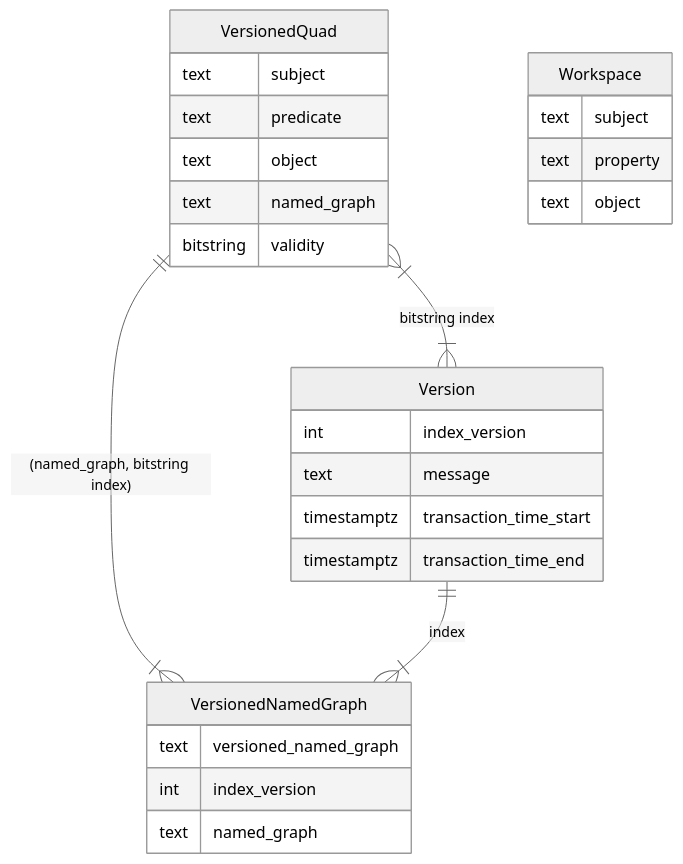
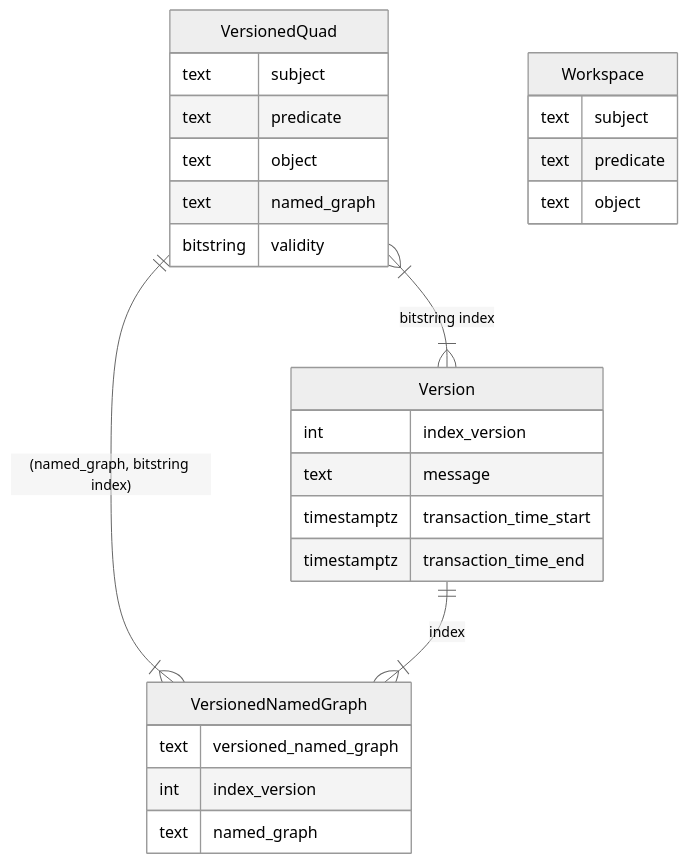
Before and after one commit to VCityTeam/ConVer-G: the first of 5 diagrams in Readme.md, drawn with Mermaid (neutral theme). The commit also changed other lines of this file and 10 other files, not shown here.

Commit message:
Predicate change: - changed last property name to predicate

````diff
--- a/Readme.md
+++ b/Readme.md
@@ -142,29 +142,29 @@
 ```mermaid
 erDiagram
     VersionedQuad |{--|{ Version: "bitstring index"
     VersionedQuad ||--|{ VersionedNamedGraph: "(named_graph, bitstring index)"
     Version ||--|{ VersionedNamedGraph: "index"
     VersionedQuad {
         text subject
         text predicate
         text object
         text named_graph
         bitstring validity
     }
     VersionedNamedGraph {
         text versioned_named_graph
         int index_version
         text named_graph
     }
     Version {
         int index_version
         text message
         timestamptz transaction_time_start
         timestamptz transaction_time_end
     }
     Workspace {
         text subject
-        text property
+        text predicate
         text object
     }
 ```
````
